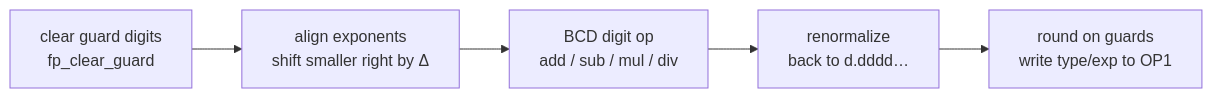
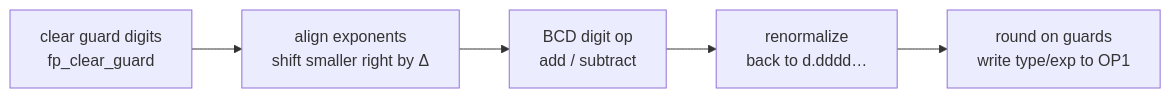
The diagram in docs/floating-point.md (siraben/ti84p-re), drawn with Mermaid before and after one commit. The commit also changed other lines of this file and 72 other files, not shown here.

````diff
--- a/docs/floating-point.md
+++ b/docs/floating-point.md
@@ -51,7 +64,7 @@
 ```mermaid
 flowchart LR
     A["clear guard digits<br/>fp_clear_guard"] --> B["align exponents<br/>shift smaller right by Δ"]
-    B --> C["BCD digit op<br/>add / sub / mul / div"]
+    B --> C["BCD digit op<br/>add / subtract"]
     C --> D["renormalize<br/>back to d.dddd…"]
     D --> E["round on guards<br/>write type/exp to OP1"]
 ```
````
